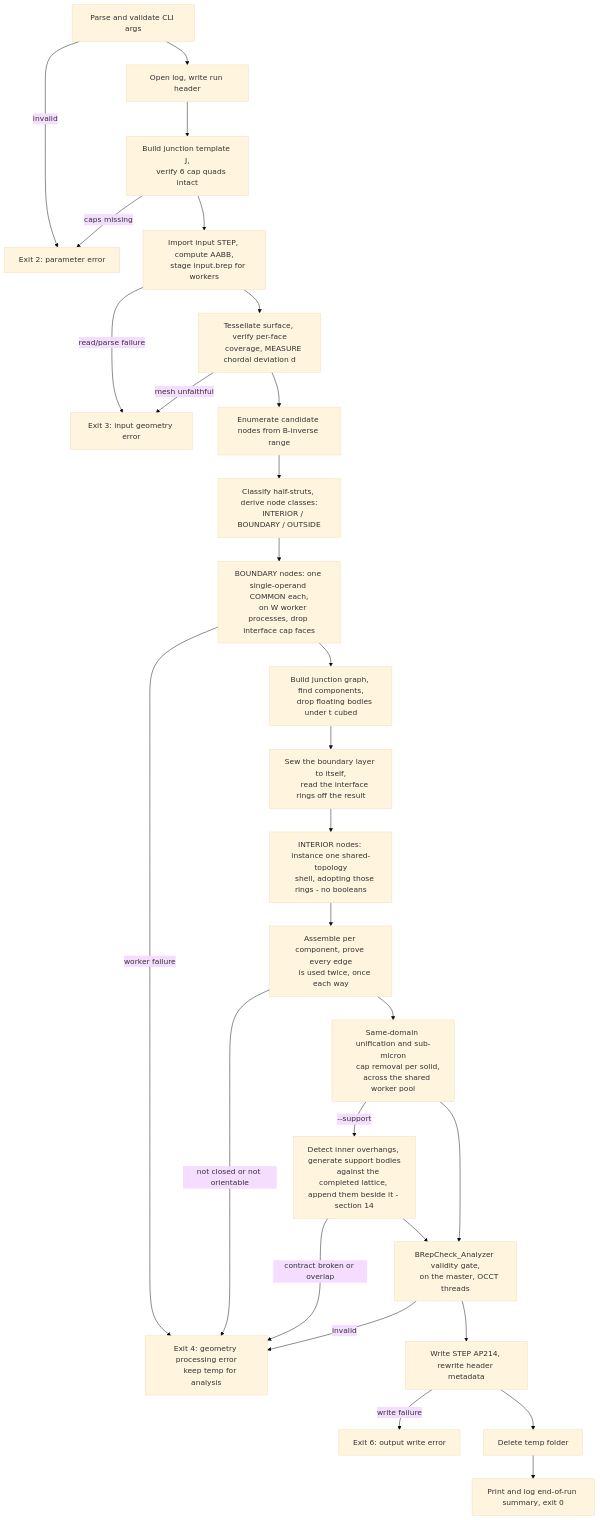
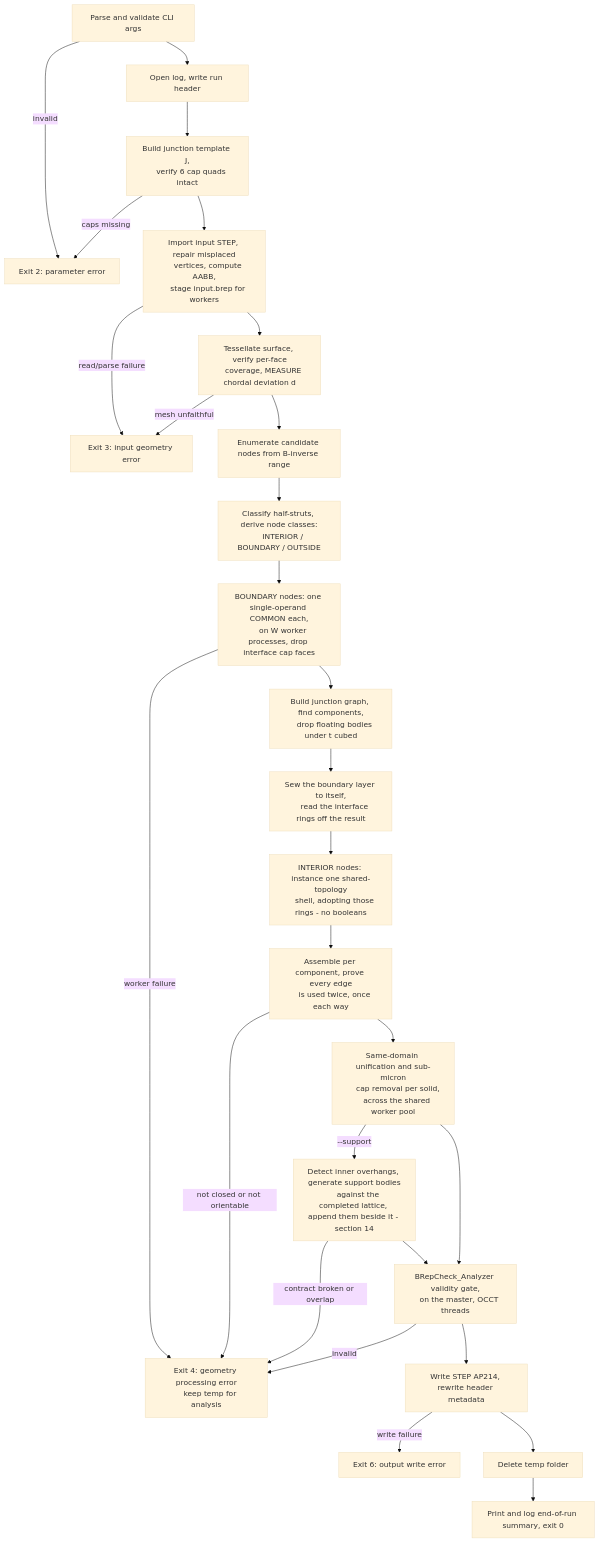
Before and after one commit to arnego/latticegen2: the first of 3 diagrams in docs/algorithm.md, drawn with Mermaid (base theme). The commit also changed other lines of this file and 11 other files, not shown here.

First line of the commit message:
Repair an input vertex placed at the wrong point, so support near it is trimmed

````diff
--- a/docs/algorithm.md
+++ b/docs/algorithm.md
@@ -203,44 +203,45 @@
 ```mermaid
 flowchart TD
     A[Parse and validate CLI args] -->|invalid| E1[Exit 2: parameter error]
     A --> B[Open log, write run header]
     B --> C[Build junction template J,
     verify 6 cap quads intact]
     C -->|caps missing| E1
-    C --> D[Import input STEP, compute AABB,
+    C --> D[Import input STEP, repair misplaced
+    vertices, compute AABB,
     stage input.brep for workers]
     D -->|read/parse failure| E2[Exit 3: input geometry error]
     D --> F[Tessellate surface, verify per-face
     coverage, MEASURE chordal deviation d]
     F -->|mesh unfaithful| E2
     F --> G[Enumerate candidate nodes from B-inverse range]
     G --> H[Classify half-struts, derive node classes:
     INTERIOR / BOUNDARY / OUTSIDE]
     H --> I[BOUNDARY nodes: one single-operand COMMON each,
     on W worker processes, drop interface cap faces]
     I -->|worker failure| E3[Exit 4: geometry processing error
     keep temp for analysis]
     I --> J[Build junction graph, find components,
     drop floating bodies under t cubed]
     J --> K[Sew the boundary layer to itself,
     read the interface rings off the result]
     K --> L[INTERIOR nodes: instance one shared-topology
     shell, adopting those rings - no booleans]
     L --> M0[Assemble per component, prove every edge
     is used twice, once each way]
     M0 -->|not closed or not orientable| E3
     M0 --> S[Same-domain unification and sub-micron
     cap removal per solid,
     across the shared worker pool]
     S -->|--support| SU[Detect inner overhangs, generate support bodies
     against the completed lattice, append them beside it - section 14]
     SU -->|contract broken or overlap| E3
     SU --> M
     S --> M[BRepCheck_Analyzer validity gate,
     on the master, OCCT threads]
     M -->|invalid| E3
     M --> N[Write STEP AP214, rewrite header metadata]
     N -->|write failure| E4[Exit 6: output write error]
     N --> P[Delete temp folder]
     P --> Q[Print and log end-of-run summary, exit 0]
 ```
````
